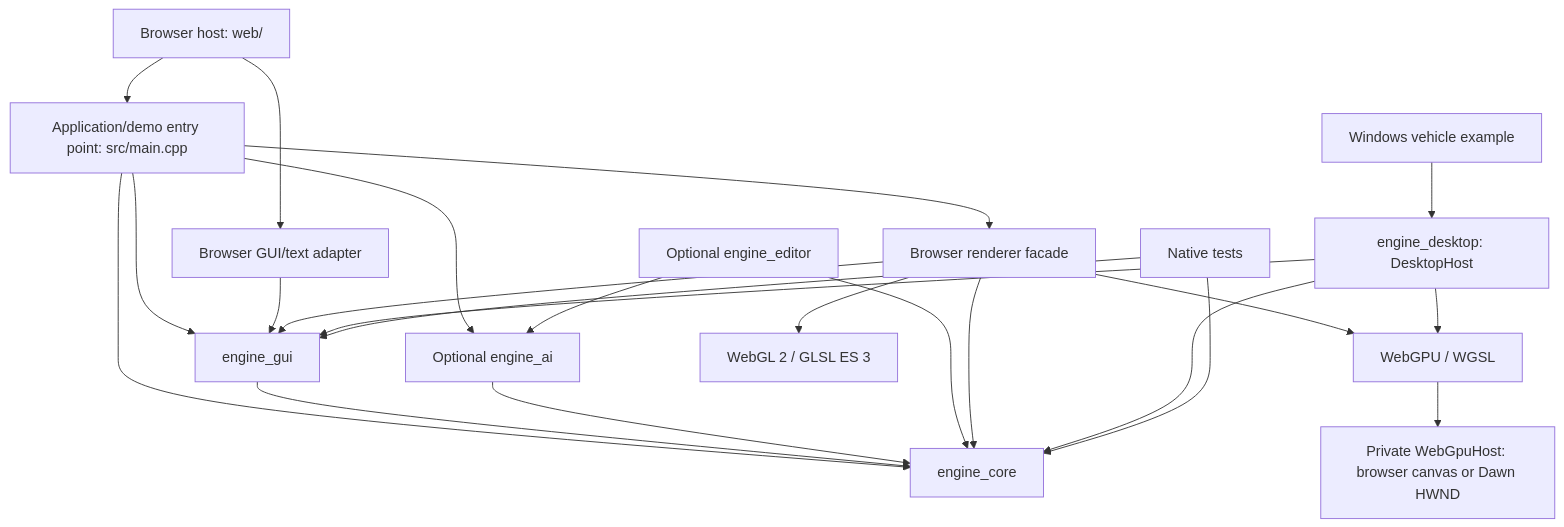
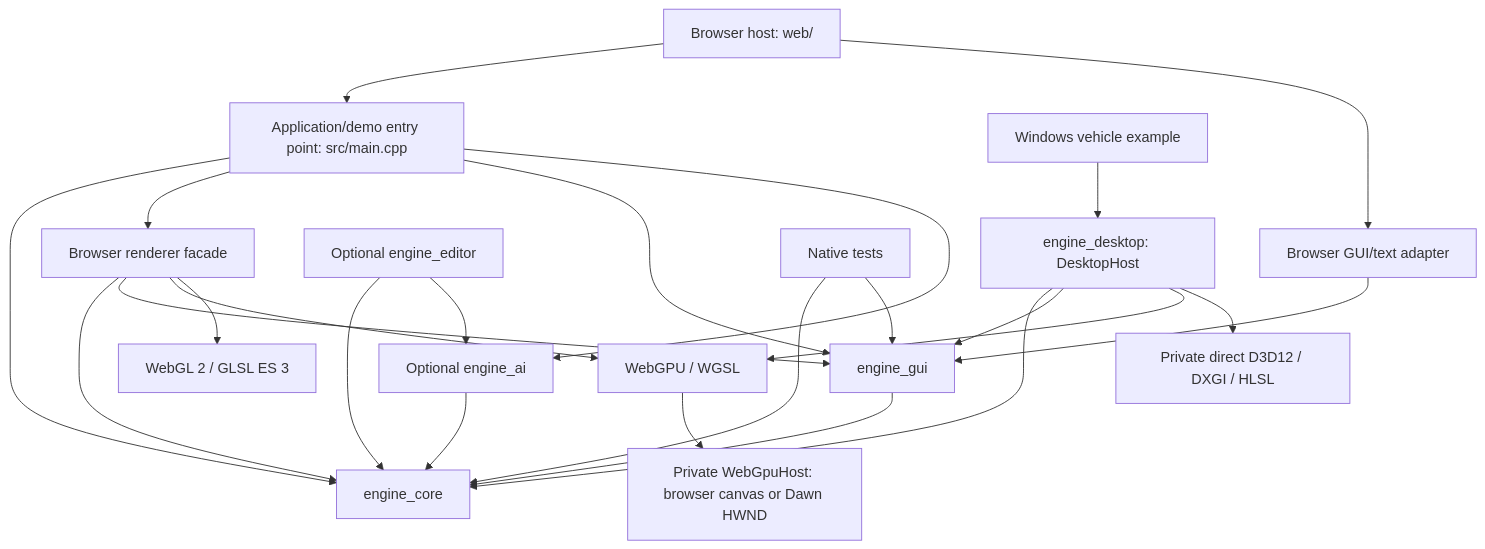
One commit to johdav999/WebEngine changed the diagram in architecture.md. Above: the diagram before and after it, drawn with Mermaid. The commit also changed other lines of this file and 403 other files, not shown here.

````diff
--- a/architecture.md
+++ b/architecture.md
@@ -101,25 +646,26 @@
 ```mermaid
 flowchart TD
     Host[Browser host: web/] --> App[Application/demo entry point: src/main.cpp]
     Host --> Adapter[Browser GUI/text adapter]
     App --> Core[engine_core]
     App --> Renderer[Browser renderer facade]
     App --> Gui[engine_gui]
     Adapter --> Gui
     Gui --> Core
     AI[Optional engine_ai] --> Core
     App --> AI
     Editor[Optional engine_editor] --> Core
     Editor --> AI
     Renderer --> Core
     Renderer --> Gui
     Renderer --> GPU[WebGPU / WGSL]
     Renderer --> GL[WebGL 2 / GLSL ES 3]
     Windows[engine_desktop: DesktopHost] --> Core
     WindowsApp[Windows vehicle example] --> Windows
     Windows --> Gui
     Windows --> GPU
+    Windows --> Direct[Private direct D3D12 / DXGI / HLSL]
     GPU --> Platform[Private WebGpuHost: browser canvas or Dawn HWND]
     Tests[Native tests] --> Core
     Tests --> Gui
 ```
````
